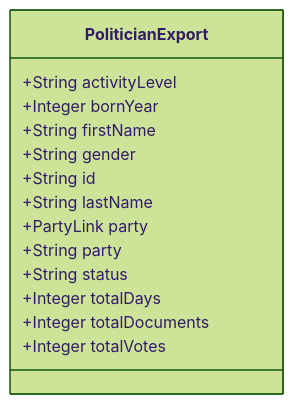
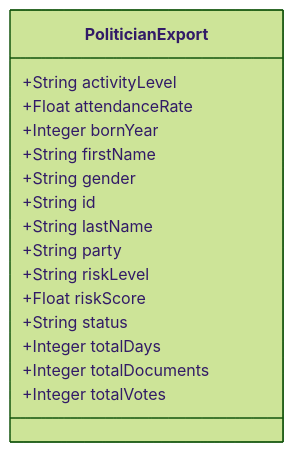
The diagram in json-export-specs/schemas/politician-schema-validated.md (Hack23/cia), drawn with Mermaid (forest theme) before and after one commit. The commit also changed other lines of this file and 16 other files, not shown here.

First line of the commit message:
feat: classify JSON export schema field mismatches, fix validator view mappings, duplicate field handling, and array type parsing, and add implementation roadmap (#8528)

````diff
--- a/json-export-specs/schemas/politician-schema-validated.md
+++ b/json-export-specs/schemas/politician-schema-validated.md
@@ -19,17 +19,19 @@
 ```mermaid
 classDiagram
     class PoliticianExport {
         +String activityLevel
+        +Float attendanceRate
         +Integer bornYear
         +String firstName
         +String gender
         +String id
         +String lastName
-        +PartyLink party
         +String party
+        +String riskLevel
+        +Float riskScore
         +String status
         +Integer totalDays
         +Integer totalDocuments
         +Integer totalVotes
     }
 ```
````
